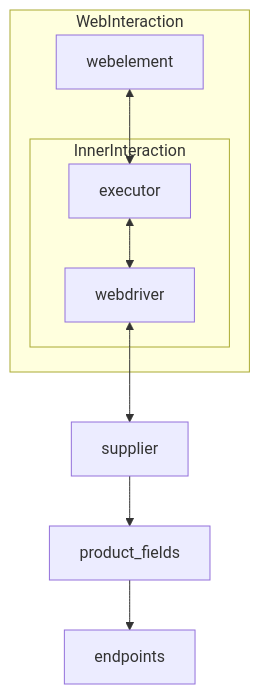
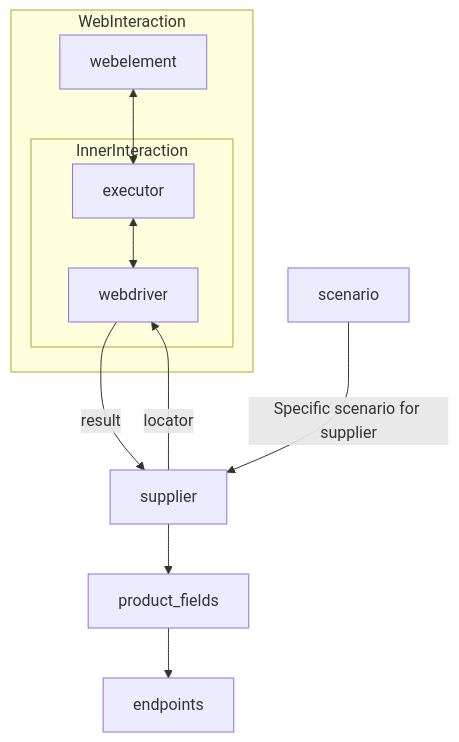
One commit to hypo69/hypo changed the diagram in src/suppliers/README.RU.MD. Above: the diagram before and after it, drawn with Mermaid. The commit also changed 59 other files, not shown here.

````diff
--- a/src/suppliers/README.RU.MD
+++ b/src/suppliers/README.RU.MD
@@ -53,13 +53,15 @@
 ```mermaid
 graph TD
     subgraph WebInteraction
         webelement <--> executor
         subgraph InnerInteraction
             executor <--> webdriver
         end
     end
-    webdriver <--> supplier
+    webdriver -->|result| supplier
+    supplier -->|locator| webdriver
     supplier --> product_fields
     product_fields --> endpoints
+    scenario -->|Specific scenario for supplier| supplier
 
 ```
````
